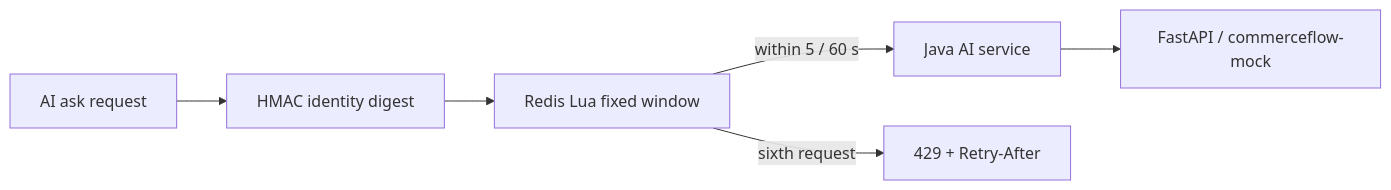
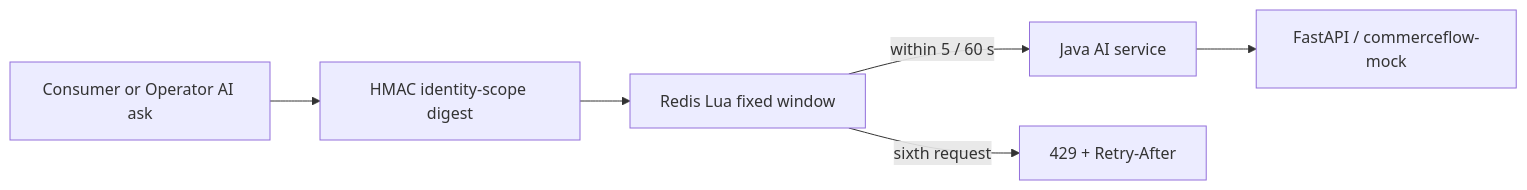
The diagram in docs/architecture/REDIS_RATE_LIMIT_FLOW.md (jameswilson87156-del/commerceflow-ai-mall), drawn with Mermaid before and after one commit. The commit also changed other lines of this file and 231 other files, not shown here.

````diff
--- a/docs/architecture/REDIS_RATE_LIMIT_FLOW.md
+++ b/docs/architecture/REDIS_RATE_LIMIT_FLOW.md
@@ -5,8 +9,8 @@
 ```mermaid
 flowchart LR
-  Request[AI ask request] --> Identity[HMAC identity digest]
+  Request[Consumer or Operator AI ask] --> Identity[HMAC identity-scope digest]
   Identity --> Lua[Redis Lua fixed window]
   Lua -->|within 5 / 60 s| Java[Java AI service]
   Lua -->|sixth request| Deny[429 + Retry-After]
   Java --> Provider[FastAPI / commerceflow-mock]
 ```
````
